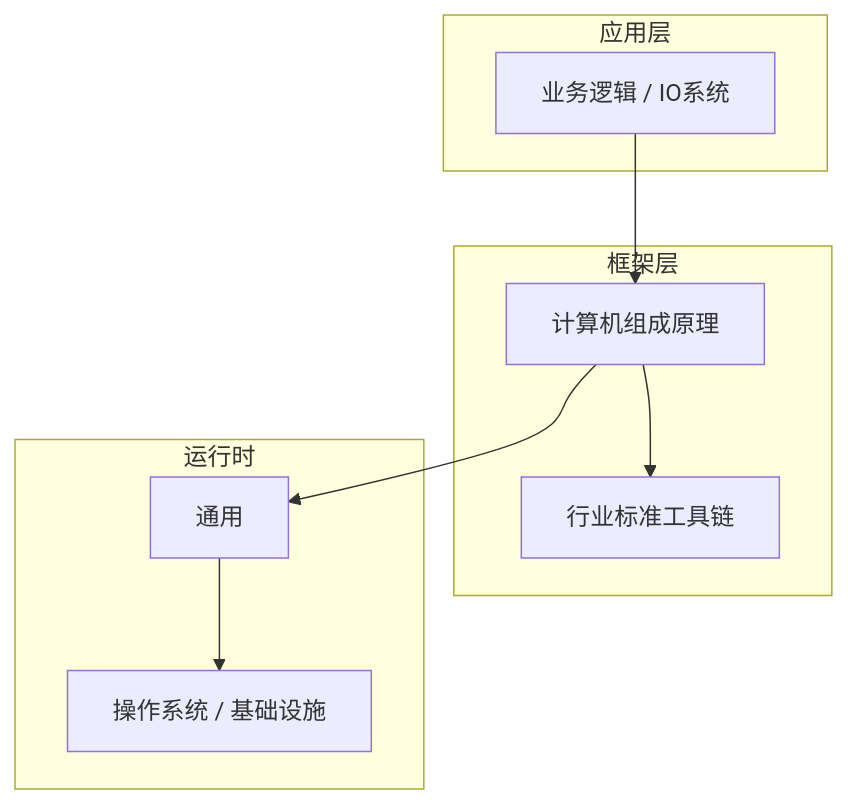
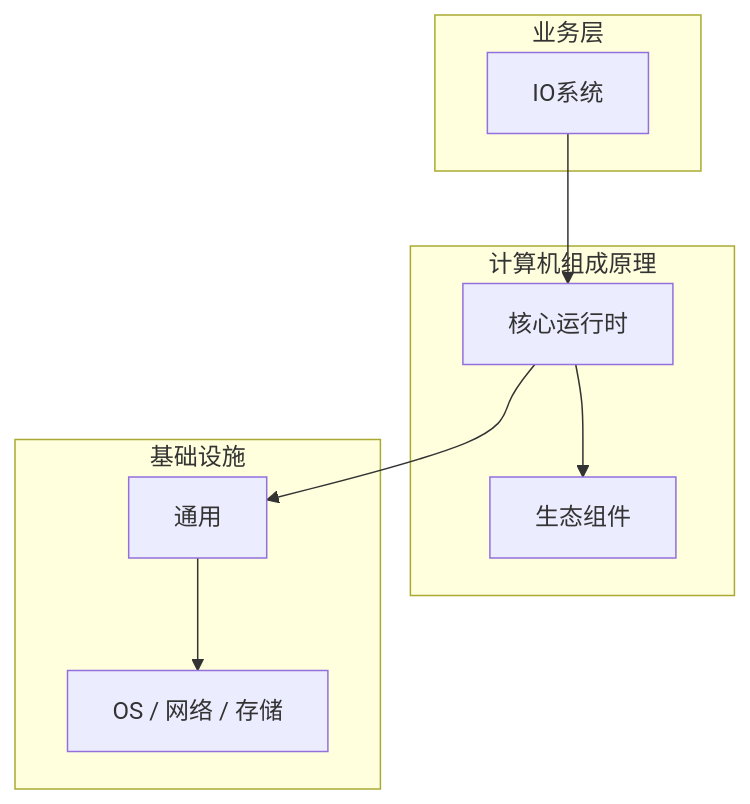
One commit to yanggan2015/knowledge-json-v2 changed the diagram in articles/计算机组成原理/chapters/061-IO系统核心概念与原理.md. Above: the diagram before and after it, drawn with Mermaid. The commit also changed other lines of this file and 10127 other files, not shown here.

````diff
--- a/articles/计算机组成原理/chapters/061-IO系统核心概念与原理.md
+++ b/articles/计算机组成原理/chapters/061-IO系统核心概念与原理.md
@@ -45,18 +34,18 @@
 ```mermaid
 graph TB
-    subgraph 应用层
-        A[业务逻辑 / IO系统]
+    subgraph 业务层
+        A[IO系统]
     end
-    subgraph 框架层
-        B[计算机组成原理]
-        C[行业标准工具链]
+    subgraph 计算机组成原理
+        B[核心运行时]
+        C[生态组件]
     end
-    subgraph 运行时
+    subgraph 基础设施
         D[通用]
-        E[操作系统 / 基础设施]
+        E[OS / 网络 / 存储]
     end
     A --> B
     B --> C
     B --> D
     D --> E
 ```
````
